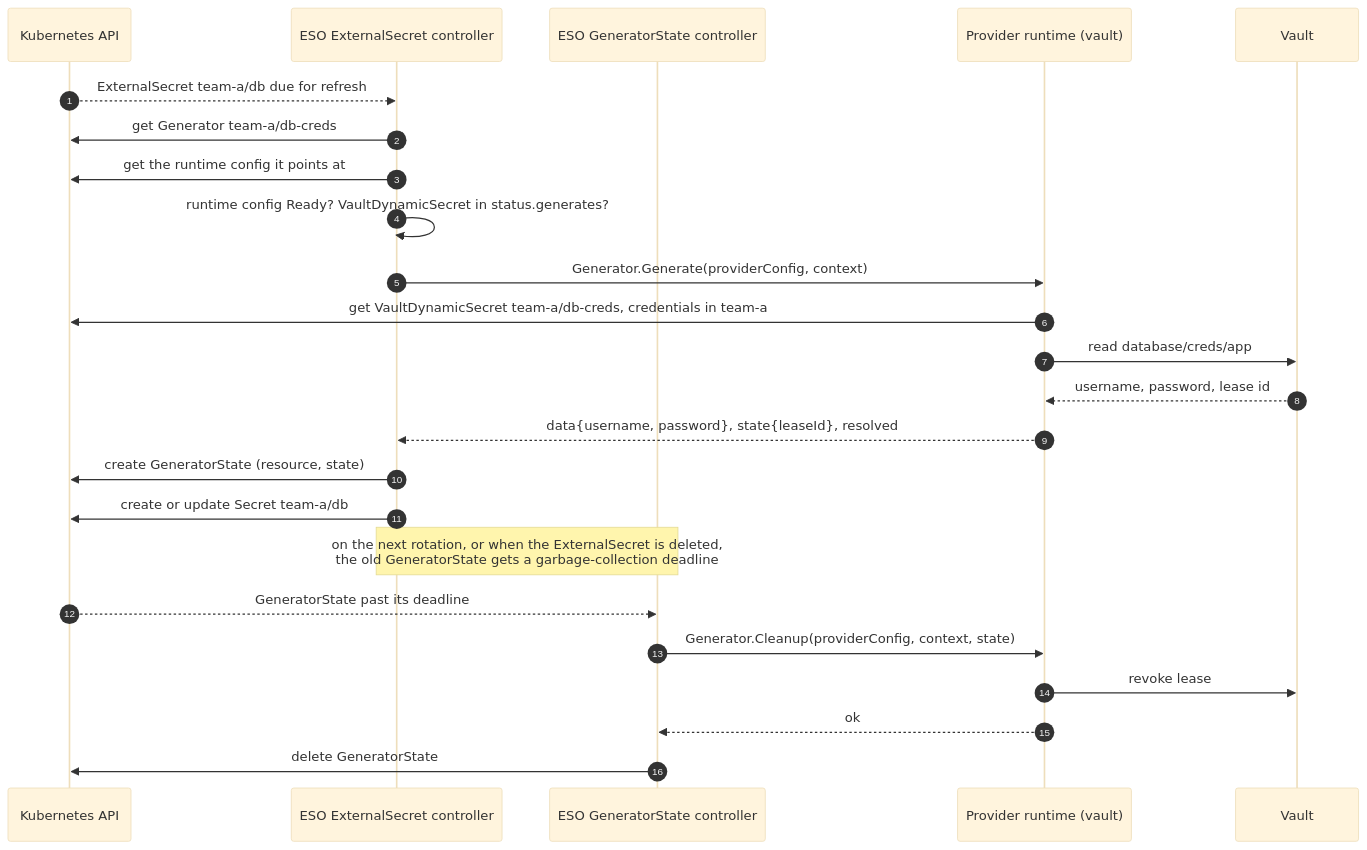
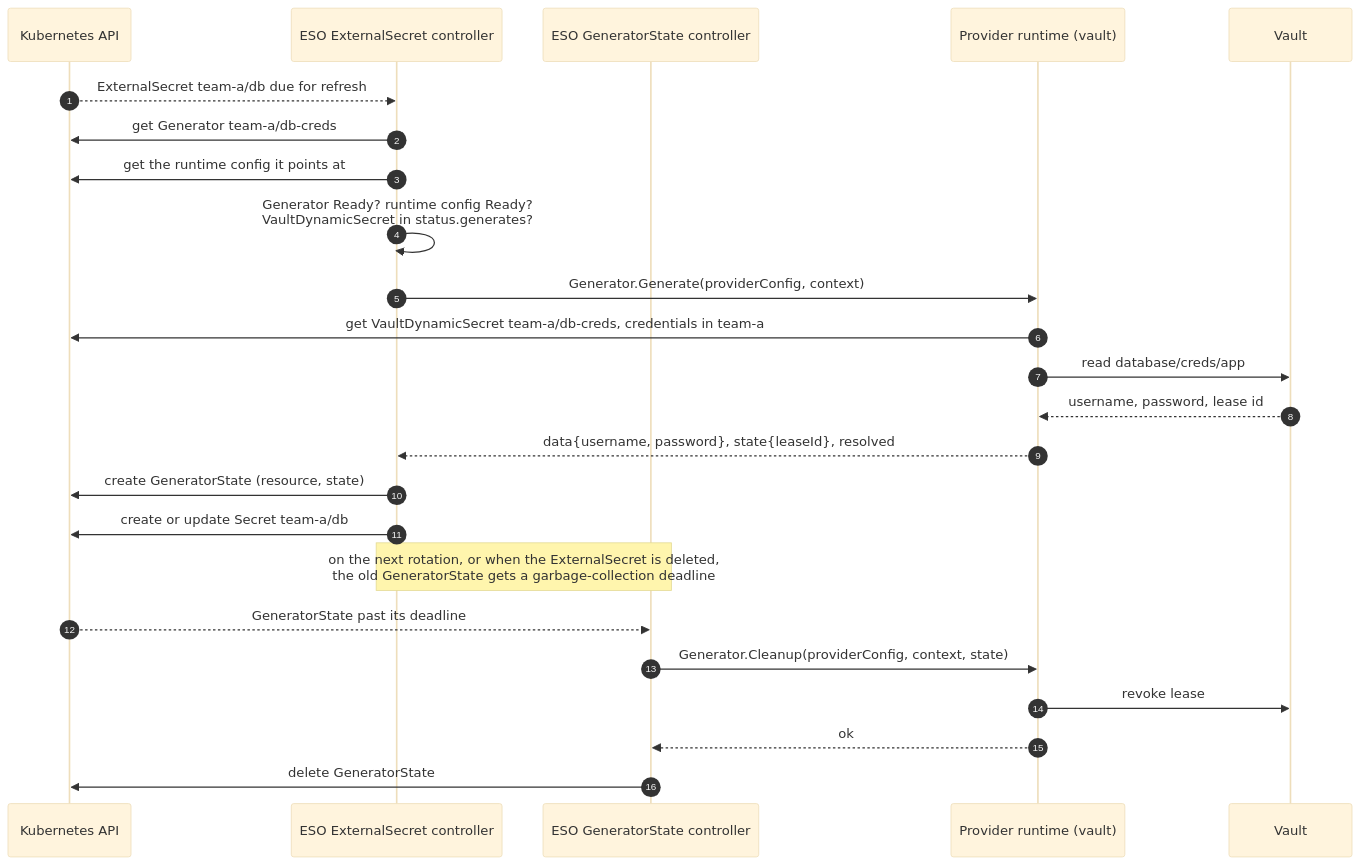
The fourth of 4 diagrams in design/014/PROTOCOL.md (external-secrets/external-secrets), drawn with Mermaid (base theme) before and after one commit. The commit also changed other lines of this file and 4 other files, not shown here.

````diff
--- a/design/014/PROTOCOL.md
+++ b/design/014/PROTOCOL.md
@@ -249,27 +284,27 @@
 ```mermaid
 sequenceDiagram
     autonumber
     participant K as Kubernetes API
     participant EC as ESO ExternalSecret controller
     participant GC as ESO GeneratorState controller
     participant P as Provider runtime (vault)
     participant B as Vault
 
     K-->>EC: ExternalSecret team-a/db due for refresh
     EC->>K: get Generator team-a/db-creds
     EC->>K: get the runtime config it points at
-    EC->>EC: runtime config Ready? VaultDynamicSecret in status.generates?
+    EC->>EC: Generator Ready? runtime config Ready?<br/>VaultDynamicSecret in status.generates?
     EC->>P: Generator.Generate(providerConfig, context)
     P->>K: get VaultDynamicSecret team-a/db-creds, credentials in team-a
     P->>B: read database/creds/app
     B-->>P: username, password, lease id
     P-->>EC: data{username, password}, state{leaseId}, resolved
     EC->>K: create GeneratorState (resource, state)
     EC->>K: create or update Secret team-a/db
     Note over EC,GC: on the next rotation, or when the ExternalSecret is deleted,<br/>the old GeneratorState gets a garbage-collection deadline
     K-->>GC: GeneratorState past its deadline
     GC->>P: Generator.Cleanup(providerConfig, context, state)
     P->>B: revoke lease
     P-->>GC: ok
     GC->>K: delete GeneratorState
 ```
````
